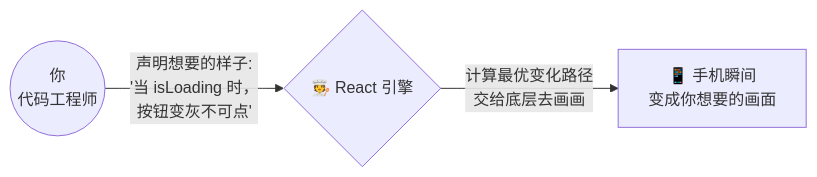
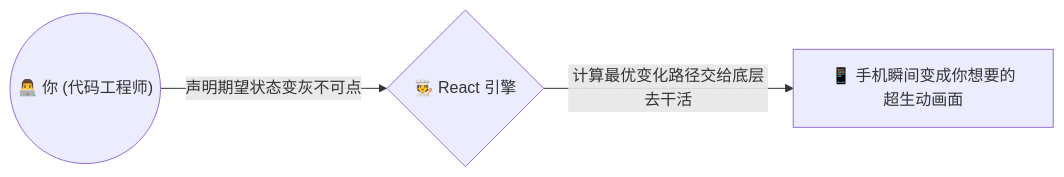
The second of 5 diagrams in docs/component_principles.md (litchicoder/rn_demo), drawn with Mermaid before and after one commit. The commit also changed other lines of this file, not shown here.

````diff
--- a/docs/component_principles.md
+++ b/docs/component_principles.md
@@ -45,5 +45,5 @@
 ```mermaid
 graph LR
-    A((你<br/>代码工程师)) -- "声明想要的样子:<br/>'当 isLoading 时，<br/>按钮变灰不可点'" --> B{🧑‍🍳 React 引擎}
-    B -- "计算最优变化路径<br/>交给底层去画画" --> C[📱 手机瞬间<br/>变成你想要的画面]
+    A(("👨‍💻 你 (代码工程师)")) -- "声明期望状态变灰不可点" --> B{"🧑‍🍳 React 引擎"}
+    B -- "计算最优变化路径交给底层去干活" --> C["📱 手机瞬间变成你想要的超生动画面"]
 ```
````
